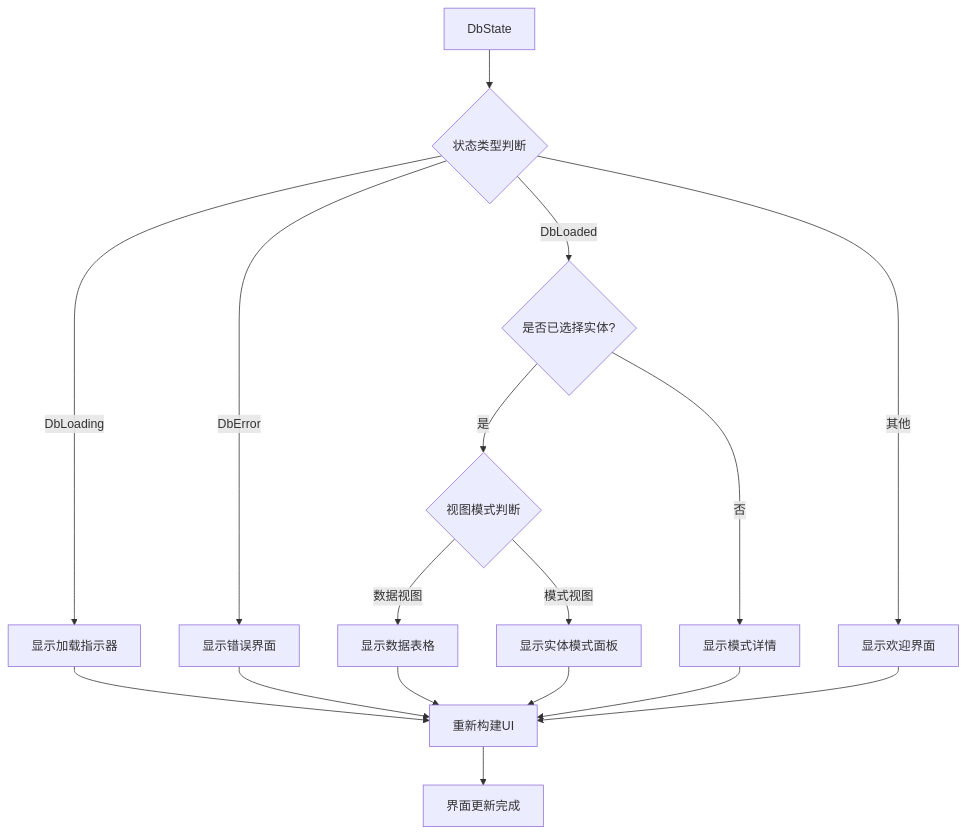
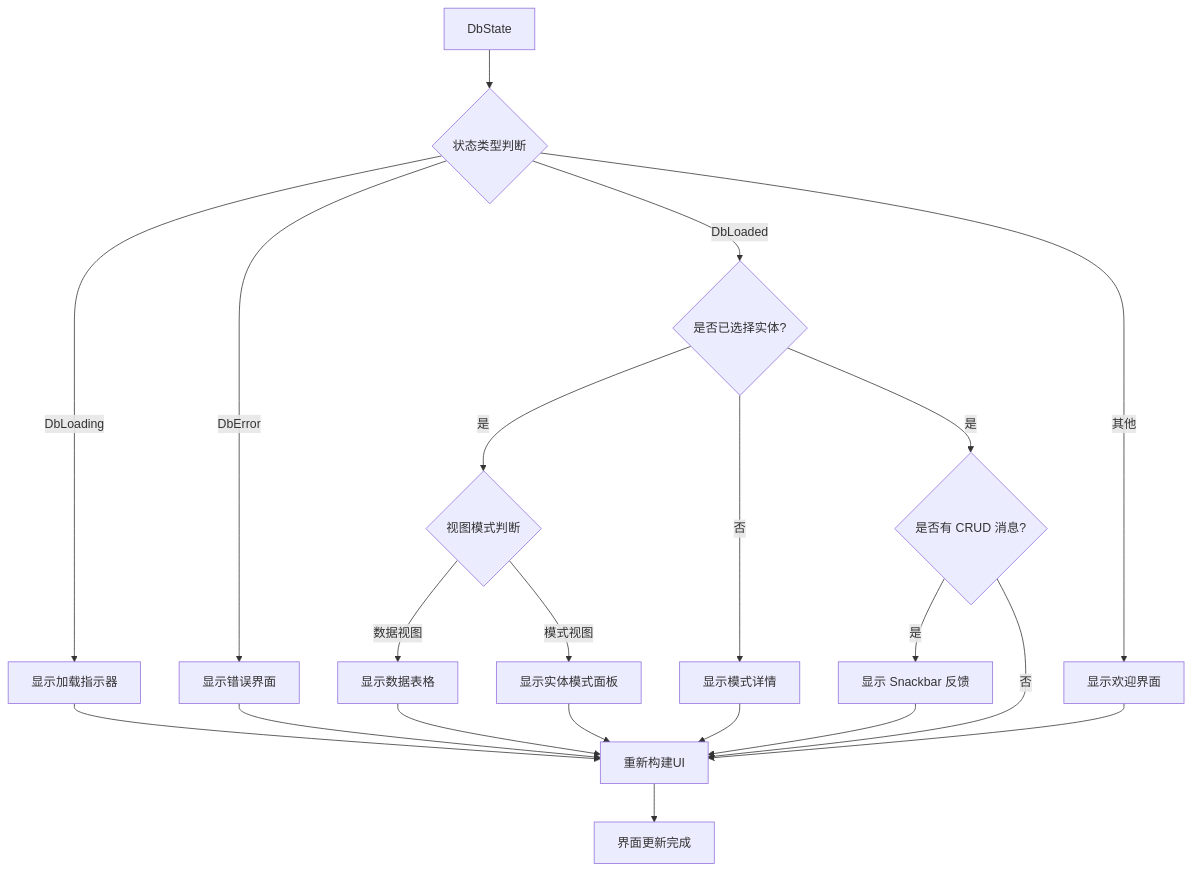
The tenth of 18 diagrams in .qoder/repowiki/zh/content/架构设计/状态管理设计.md (kongpf8848/objectbox_viewer), drawn with Mermaid before and after one commit. The commit also changed other lines of this file and 19 other files, not shown here.

````diff
--- a/.qoder/repowiki/zh/content/架构设计/状态管理设计.md
+++ b/.qoder/repowiki/zh/content/架构设计/状态管理设计.md
@@ -375,19 +412,23 @@
 ```mermaid
 flowchart TD
 STATE[DbState] --> CHECK{状态类型判断}
 CHECK --> |DbLoading| LOADING[显示加载指示器]
 CHECK --> |DbError| ERROR[显示错误界面]
 CHECK --> |DbLoaded| CHECK_LOADED{是否已选择实体?}
 CHECK --> |其他| WELCOME[显示欢迎界面]
 CHECK_LOADED --> |是| CHECK_VIEW_MODE{视图模式判断}
 CHECK_LOADED --> |否| SCHEMA[显示模式详情]
 CHECK_VIEW_MODE --> |数据视图| TABLE[显示数据表格]
 CHECK_VIEW_MODE --> |模式视图| SCHEMA_PANEL[显示实体模式面板]
-LOADING --> RENDER[重新构建UI]
+CHECK_LOADED --> |是| CHECK_CRUD{是否有 CRUD 消息?}
+CHECK_CRUD --> |是| SNACKBAR[显示 Snackbar 反馈]
+CHECK_CRUD --> |否| RENDER[重新构建UI]
+LOADING --> RENDER
 ERROR --> RENDER
 TABLE --> RENDER
 SCHEMA_PANEL --> RENDER
 SCHEMA --> RENDER
 WELCOME --> RENDER
+SNACKBAR --> RENDER
 RENDER --> END[界面更新完成]
 ```
````
